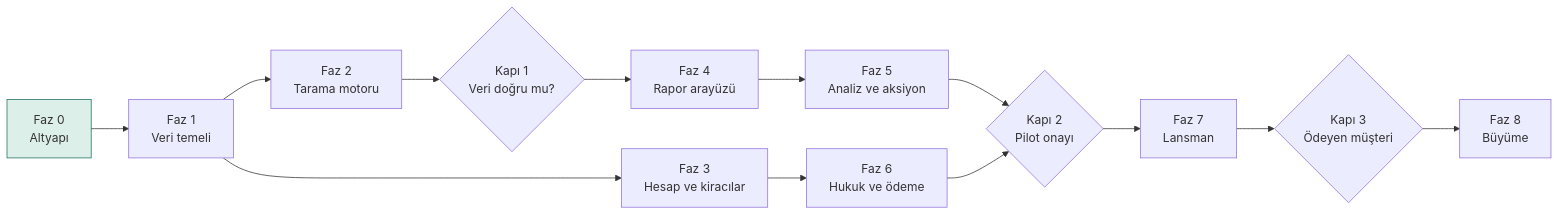
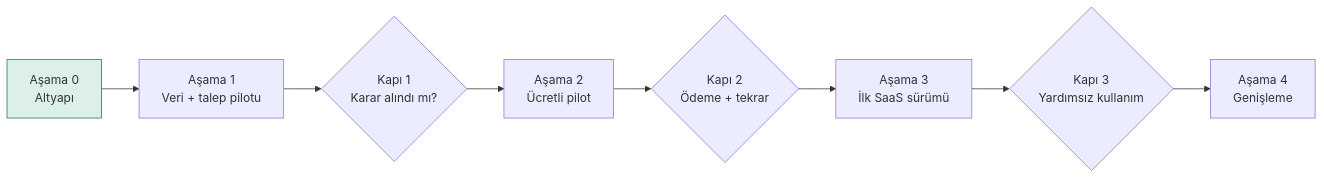
One commit to technsug-ops/-ortsrank changed the first of 2 diagrams in docs/ROADMAP.md. Above: the diagram before and after it, drawn with Mermaid. The commit also changed other lines of this file and 8 other files, not shown here.

First line of the commit message:
Restructure roadmap around paid pilot and evidence levels

````diff
--- a/docs/ROADMAP.md
+++ b/docs/ROADMAP.md
@@ -27,16 +99,11 @@
 ```mermaid
 flowchart LR
-    F0[Faz 0<br/>Altyapı]:::done --> F1[Faz 1<br/>Veri temeli]
-    F1 --> F2[Faz 2<br/>Tarama motoru]
-    F1 --> F3[Faz 3<br/>Hesap ve kiracılar]
-    F2 --> G1{Kapı 1<br/>Veri doğru mu?}
-    G1 --> F4[Faz 4<br/>Rapor arayüzü]
-    F4 --> F5[Faz 5<br/>Analiz ve aksiyon]
-    F3 --> F6[Faz 6<br/>Hukuk ve ödeme]
-    F5 --> G2{Kapı 2<br/>Pilot onayı}
-    F6 --> G2
-    G2 --> F7[Faz 7<br/>Lansman]
-    F7 --> G3{Kapı 3<br/>Ödeyen müşteri}
-    G3 --> F8[Faz 8<br/>Büyüme]
+    A0[Aşama 0<br/>Altyapı]:::done --> A1[Aşama 1<br/>Veri + talep pilotu]
+    A1 --> K1{Kapı 1<br/>Karar alındı mı?}
+    K1 --> A2[Aşama 2<br/>Ücretli pilot]
+    A2 --> K2{Kapı 2<br/>Ödeme + tekrar}
+    K2 --> A3[Aşama 3<br/>İlk SaaS sürümü]
+    A3 --> K3{Kapı 3<br/>Yardımsız kullanım}
+    K3 --> A4[Aşama 4<br/>Genişleme]
     classDef done fill:#dcefe8,stroke:#1f6f5c
 ```
````
